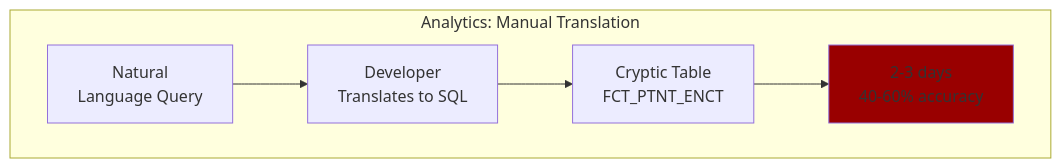
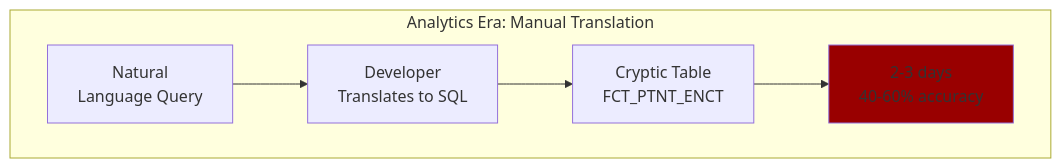
One commit to colaberry/enterprise-data-readiness-ai-agents changed the fourth of 12 diagrams in chapter-00/chapter_00_complete.md. Above: the diagram before and after it, drawn with Mermaid. The commit also changed other lines of this file, not shown here.

````diff
--- a/chapter-00/chapter_00_complete.md
+++ b/chapter-00/chapter_00_complete.md
@@ -269,10 +269,10 @@
 ```mermaid
 graph TB
-    subgraph "Analytics: Manual Translation"
+    subgraph "Analytics Era: Manual Translation"
         A1[Natural<br/>Language Query] --> A2[Developer<br/>Translates to SQL]
         A2 --> A3[Cryptic Table<br/>FCT_PTNT_ENCT]
         A3 --> A4[2-3 days<br/>40-60% accuracy]
     end
 
     style A4 fill:#990000
 ```
````
